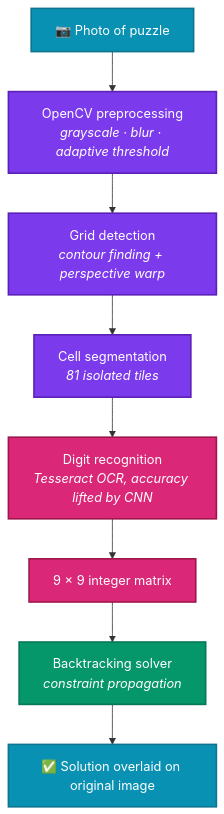
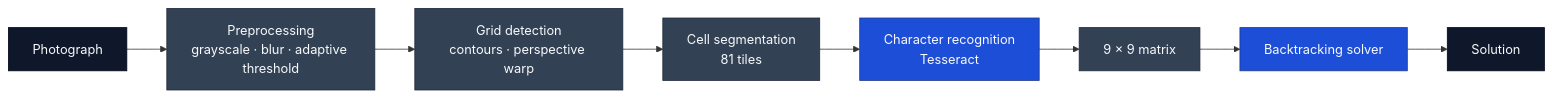
Before and after one commit to Ankyriazis/Anastasios-Kyriazis: the first of 2 diagrams in README.md, drawn with Mermaid. The commit also changed other lines of this file, not shown here.

````diff
--- a/README.md
+++ b/README.md
@@ -112,19 +47,17 @@
 ```mermaid
-flowchart TD
-    IMG["📷 Photo of puzzle"] --> PRE["OpenCV preprocessing<br/><i>grayscale · blur · adaptive threshold</i>"]
-    PRE --> GRID["Grid detection<br/><i>contour finding + perspective warp</i>"]
-    GRID --> CELL["Cell segmentation<br/><i>81 isolated tiles</i>"]
-    CELL --> OCR["Digit recognition<br/><i>Tesseract OCR, accuracy lifted by CNN</i>"]
-    OCR --> MAT["9 × 9 integer matrix"]
-    MAT --> SOLVE["Backtracking solver<br/><i>constraint propagation</i>"]
-    SOLVE --> OUT["✅ Solution overlaid on original image"]
+flowchart LR
+    IMG["Photograph"] --> PRE["Preprocessing<br/>grayscale · blur · adaptive threshold"]
+    PRE --> GRID["Grid detection<br/>contours · perspective warp"]
+    GRID --> CELL["Cell segmentation<br/>81 tiles"]
+    CELL --> OCR["Character recognition<br/>Tesseract"]
+    OCR --> MAT["9 × 9 matrix"]
+    MAT --> SOLVE["Backtracking solver"]
+    SOLVE --> OUT["Solution"]
 
-    classDef io fill:#0891b2,stroke:#0e7490,stroke-width:2px,color:#ffffff;
-    classDef cv fill:#7c3aed,stroke:#5b21b6,stroke-width:2px,color:#ffffff;
-    classDef ml fill:#db2777,stroke:#9d174d,stroke-width:2px,color:#ffffff;
-    classDef algo fill:#059669,stroke:#047857,stroke-width:2px,color:#ffffff;
+    classDef io fill:#0f172a,stroke:#020617,stroke-width:1px,color:#f8fafc;
+    classDef stage fill:#334155,stroke:#1e293b,stroke-width:1px,color:#f8fafc;
+    classDef key fill:#1d4ed8,stroke:#1e3a8a,stroke-width:1px,color:#f8fafc;
     class IMG,OUT io;
-    class PRE,GRID,CELL cv;
-    class OCR,MAT ml;
-    class SOLVE algo;
+    class PRE,GRID,CELL,MAT stage;
+    class OCR,SOLVE key;
 ```
````
